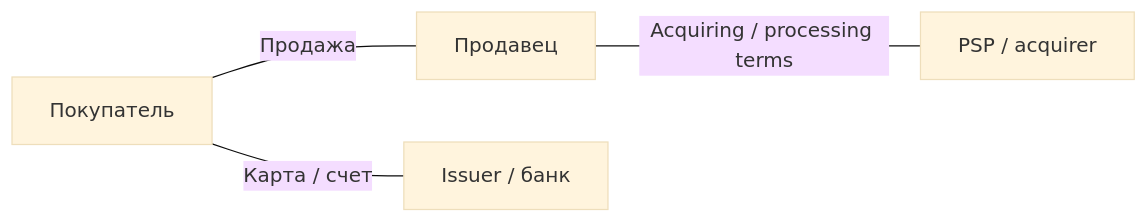
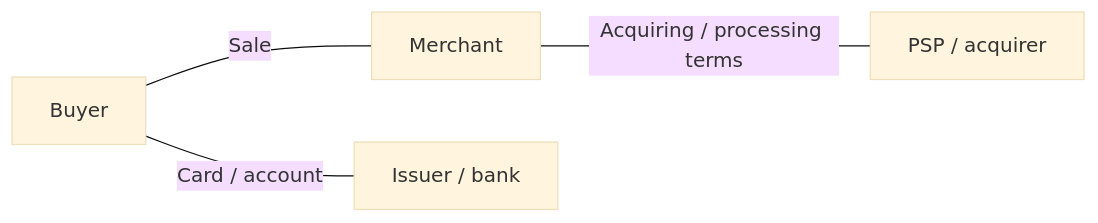
The third of 11 diagrams in Textbook/01-Market-rules-and-licensing/README.md (nuanu-ai/fintech-textbook-2026), drawn with Mermaid (base theme) before and after one commit. The commit also changed other lines of this file and 78 other files, not shown here.

````diff
--- a/Textbook/01-Market-rules-and-licensing/README.md
+++ b/Textbook/01-Market-rules-and-licensing/README.md
@@ -121,6 +121,6 @@
 ```mermaid
 flowchart LR
- B[Покупатель] ---|Продажа| M[Продавец]
- B ---|Карта / счет| I[Issuer / банк]
+ B[Buyer] ---|Sale| M[Merchant]
+ B ---|Card / account| I[Issuer / bank]
  M ---|Acquiring / processing terms| P[PSP / acquirer]
 ```
````
